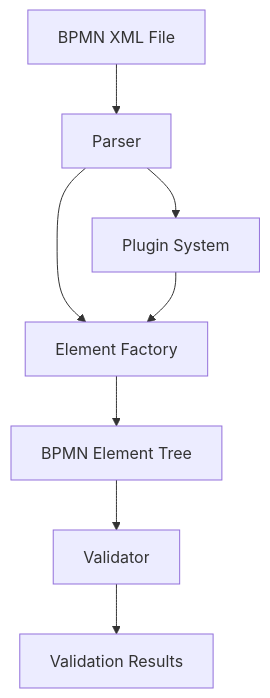
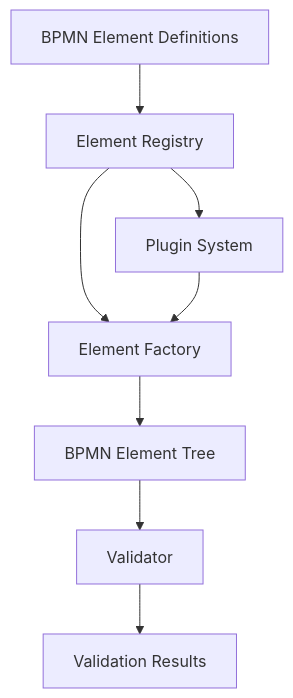
Before and after one commit to callowayproject/pybpmn-parser: the diagram in docs/architecture/index.md, drawn with Mermaid. The commit also changed other lines of this file and 18 other files, not shown here.

Commit message:
Remove examples and associated documentation for Exclusive Gateway, Parallel Gateway, and Sequential Flow to clean up the codebase and streamline documentation.

````diff
--- a/docs/architecture/index.md
+++ b/docs/architecture/index.md
@@ -16,10 +16,10 @@
 ```mermaid
 graph TD
-    A[BPMN XML File] --> B[Parser]
+    A[BPMN Element Definitions] --> B[Element Registry]
     B --> C[Element Factory]
     C --> D[BPMN Element Tree]
     D --> E[Validator]
     B --> F[Plugin System]
     F --> C
     E --> G[Validation Results]
 ```
````
